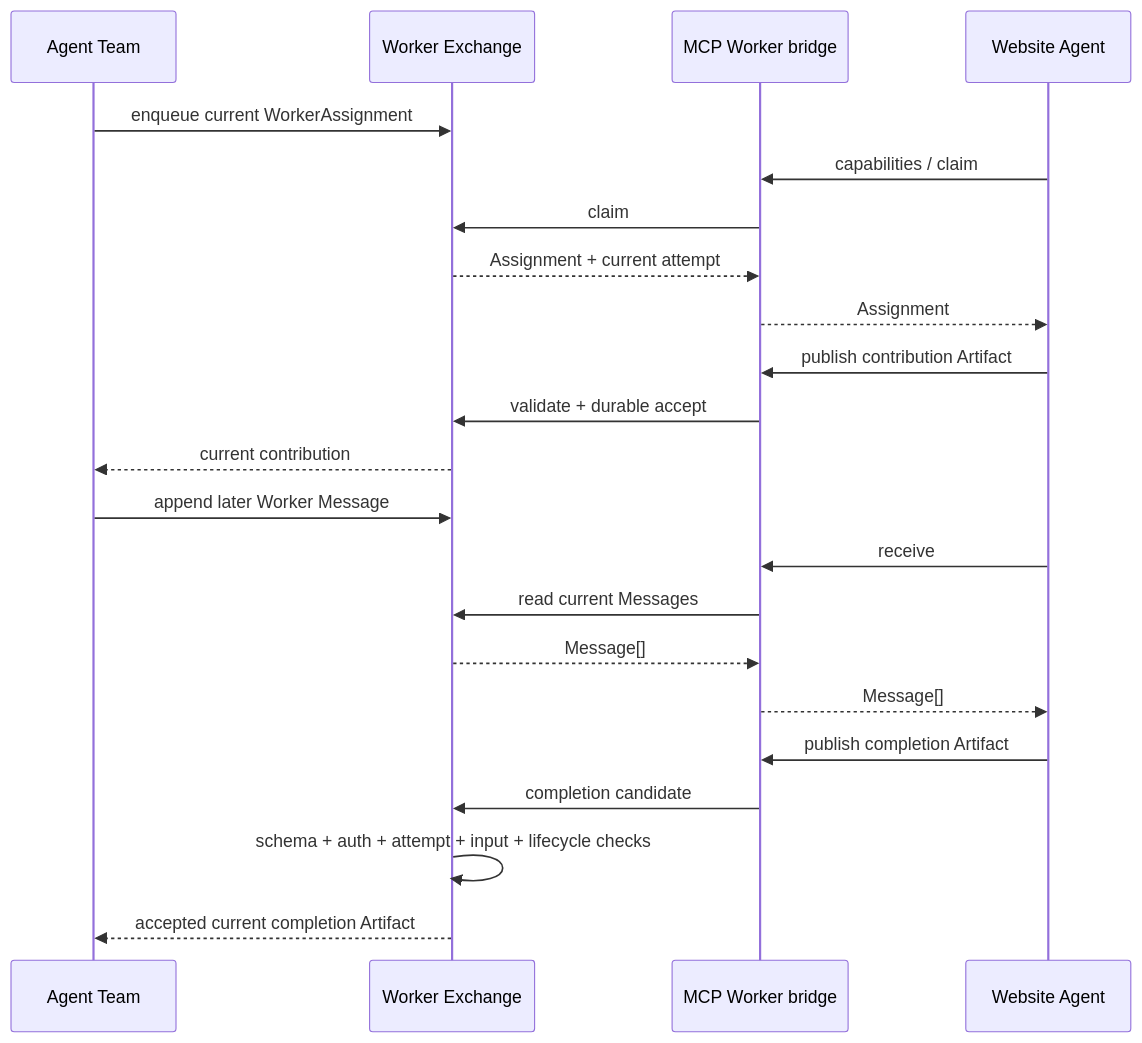
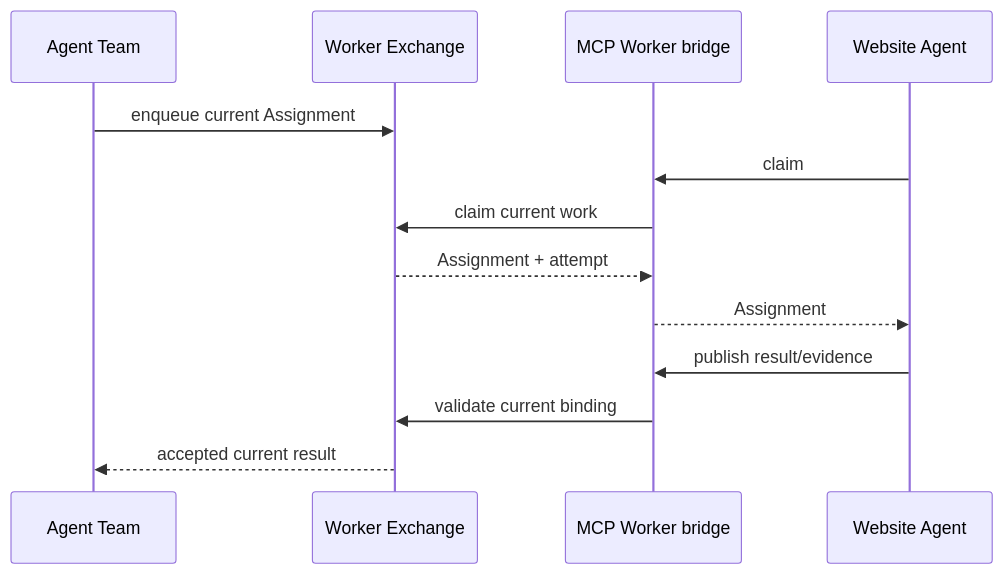
The third of 4 diagrams in docs/architecture/agent-communication.md (tsuuanmi/AgentOS), drawn with Mermaid before and after one commit. The commit also changed other lines of this file, not shown here.

```diff
--- a/docs/architecture/agent-communication.md
+++ b/docs/architecture/agent-communication.md
@@ -155,28 +191,17 @@
 ~~~mermaid
 sequenceDiagram
     participant T as Agent Team
     participant X as Worker Exchange
     participant M as MCP Worker bridge
     participant W as Website Agent
 
-    T->>X: enqueue current WorkerAssignment
-    W->>M: capabilities / claim
-    M->>X: claim
-    X-->>M: Assignment + current attempt
+    T->>X: enqueue current Assignment
+    W->>M: claim
+    M->>X: claim current work
+    X-->>M: Assignment + attempt
     M-->>W: Assignment
 
-    W->>M: publish contribution Artifact
-    M->>X: validate + durable accept
-    X-->>T: current contribution
-
-    T->>X: append later Worker Message
-    W->>M: receive
-    M->>X: read current Messages
-    X-->>M: Message[]
-    M-->>W: Message[]
-
-    W->>M: publish completion Artifact
-    M->>X: completion candidate
-    X->>X: schema + auth + attempt + input + lifecycle checks
-    X-->>T: accepted current completion Artifact
+    W->>M: publish result/evidence
+    M->>X: validate current binding
+    X-->>T: accepted current result
 ~~~
```
